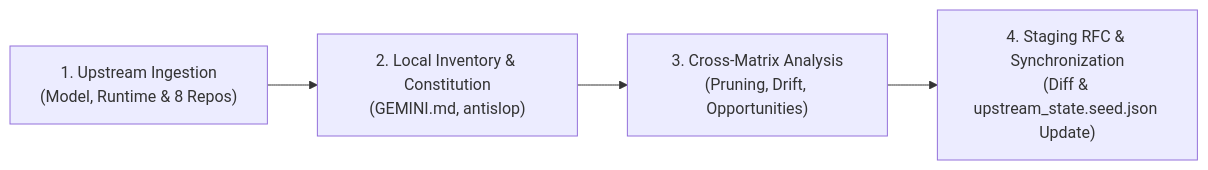
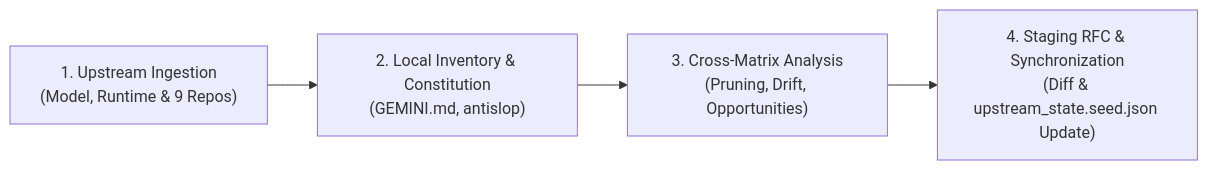
The diagram in skills/upstream-auditor/SKILL.md (hadbilen/antigravity-harness), drawn with Mermaid before and after one commit. The commit also changed other lines of this file and 63 other files, not shown here.

````diff
--- a/skills/upstream-auditor/SKILL.md
+++ b/skills/upstream-auditor/SKILL.md
@@ -49,6 +49,6 @@
 ```mermaid
 flowchart LR
-    P1["1. Upstream Ingestion<br/>(Model, Runtime & 8 Repos)"] --> P2["2. Local Inventory & Constitution<br/>(GEMINI.md, antislop)"]
+    P1["1. Upstream Ingestion<br/>(Model, Runtime & 9 Repos)"] --> P2["2. Local Inventory & Constitution<br/>(GEMINI.md, antislop)"]
     P2 --> P3["3. Cross-Matrix Analysis<br/>(Pruning, Drift, Opportunities)"]
     P3 --> P4["4. Staging RFC & Synchronization<br/>(Diff & upstream_state.seed.json Update)"]
 ```
````
